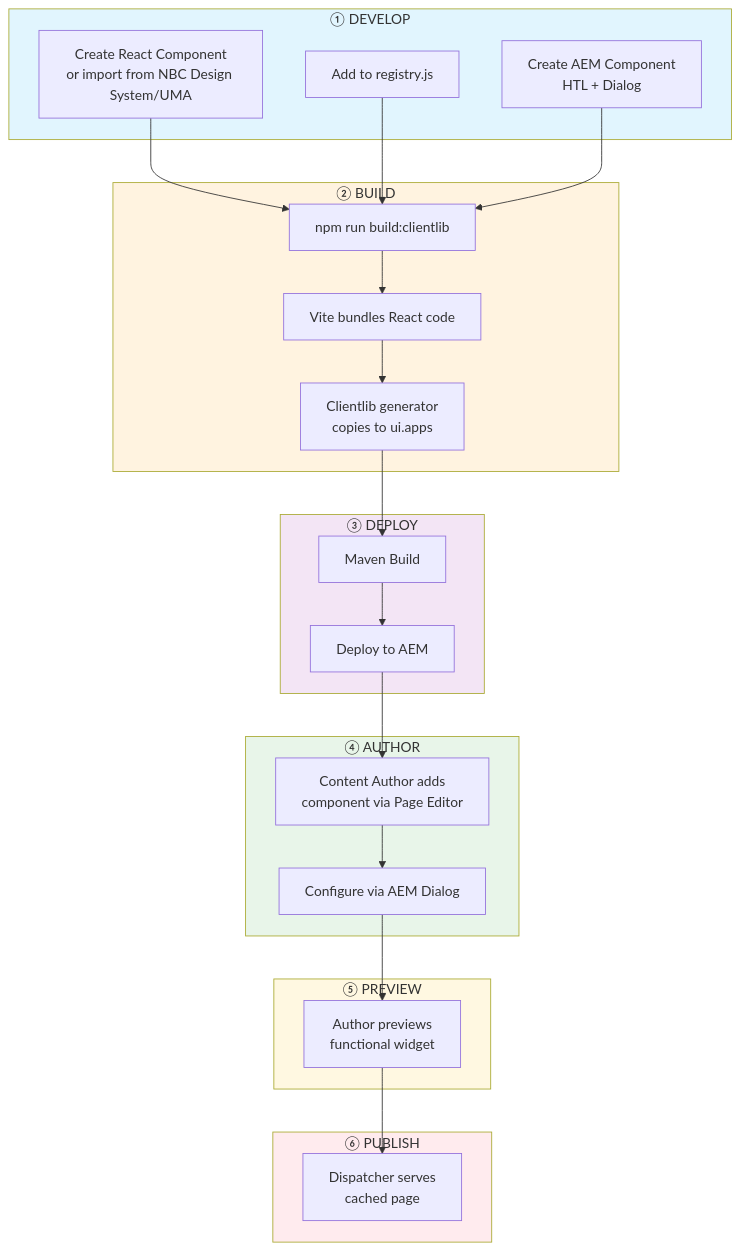
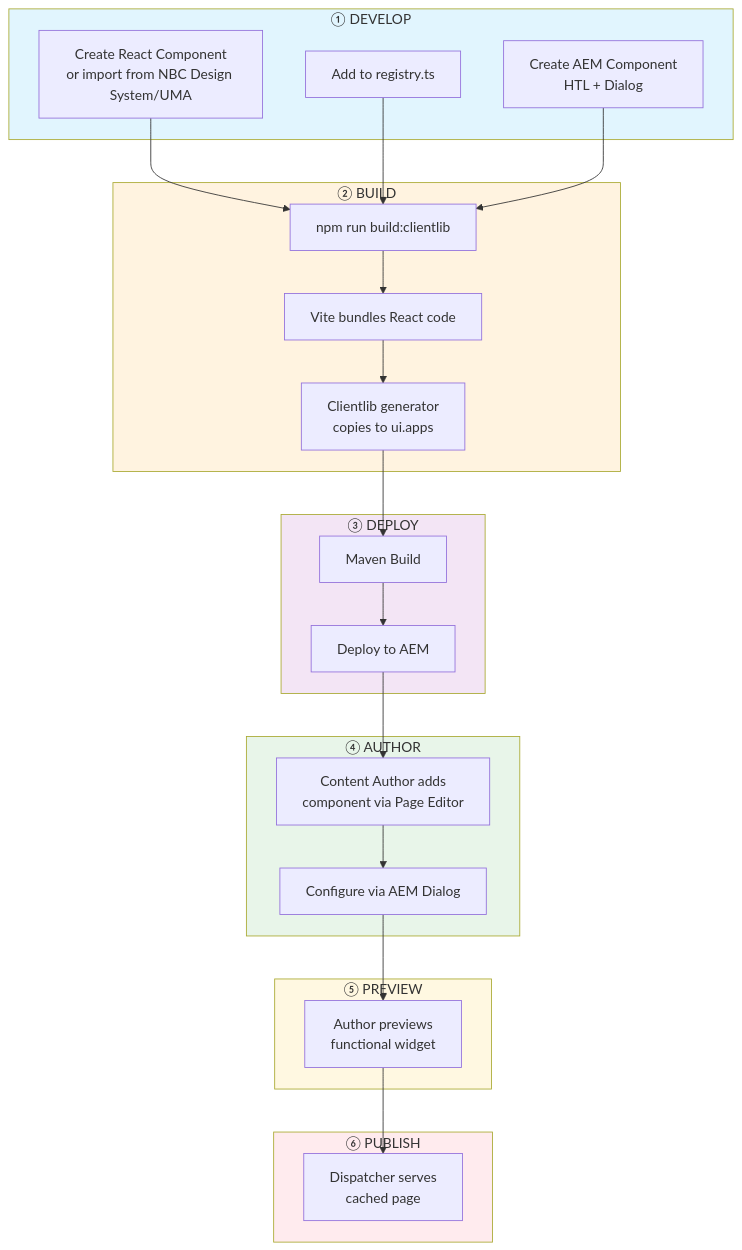
Before and after one commit to paialex/react-multiroot-architecture-doc: the second of 4 diagrams in gemini/poc_technical_design_enhanced.md, drawn with Mermaid. The commit also changed other lines of this file and 1 other file, not shown here.

````diff
--- a/gemini/poc_technical_design_enhanced.md
+++ b/gemini/poc_technical_design_enhanced.md
@@ -683,45 +747,45 @@
 ```mermaid
 flowchart TB
     subgraph DEVELOP["① DEVELOP"]
         A1[Create React Component<br/>or import from NBC Design System/UMA]
-        A2[Add to registry.js]
+        A2[Add to registry.ts]
         A3[Create AEM Component<br/>HTL + Dialog]
     end
     
     subgraph BUILD["② BUILD"]
         B1[npm run build:clientlib]
         B2[Vite bundles React code]
         B3[Clientlib generator<br/>copies to ui.apps]
     end
     
     subgraph DEPLOY["③ DEPLOY"]
         C1[Maven Build]
         C2[Deploy to AEM]
     end
     
     subgraph AUTHOR["④ AUTHOR"]
         D1[Content Author adds<br/>component via Page Editor]
         D2[Configure via AEM Dialog]
     end
     
     subgraph PREVIEW["⑤ PREVIEW"]
         E1[Author previews<br/>functional widget]
     end
     
     subgraph PUBLISH["⑥ PUBLISH"]
         F1[Dispatcher serves<br/>cached page]
     end
     
     A1 --> B1
     A2 --> B1
     A3 --> B1
     B1 --> B2 --> B3 --> C1 --> C2
     C2 --> D1 --> D2 --> E1 --> F1
     
     style DEVELOP fill:#e1f5fe
     style BUILD fill:#fff3e0
     style DEPLOY fill:#f3e5f5
     style AUTHOR fill:#e8f5e9
     style PREVIEW fill:#fff8e1
     style PUBLISH fill:#ffebee
 ```
````
